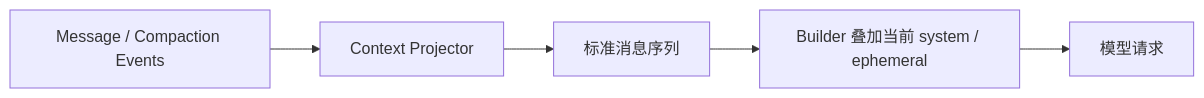
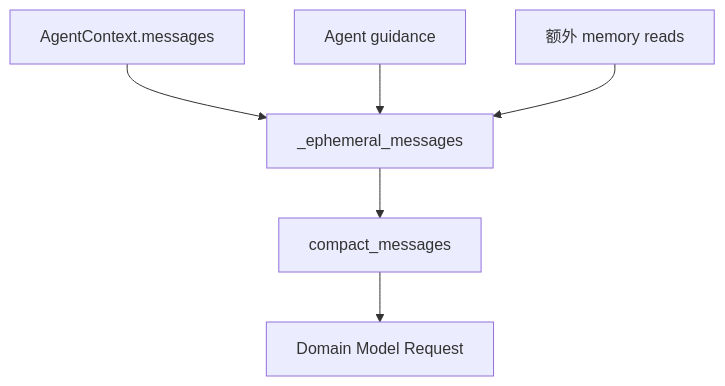
Before and after one commit to Arthur999459up/GitAgent: the fifth of 18 diagrams in docs/10-context-governance-and-read-state.md, drawn with Mermaid. The commit also changed other lines of this file and 3 other files, not shown here.

````diff
--- a/docs/10-context-governance-and-read-state.md
+++ b/docs/10-context-governance-and-read-state.md
@@ -35,7 +152,8 @@
 ```mermaid
-flowchart LR
-    E[Message / Compaction Events] --> P[Context Projector]
-    P --> S[标准消息序列]
-    S --> B[Builder 叠加当前 system / ephemeral]
-    B --> M[模型请求]
+flowchart TD
+    D[AgentContext.messages] --> E[_ephemeral_messages]
+    G[Agent guidance] --> E
+    R[额外 memory reads] --> E
+    E --> C[compact_messages]
+    C --> M[Domain Model Request]
 ```
````
